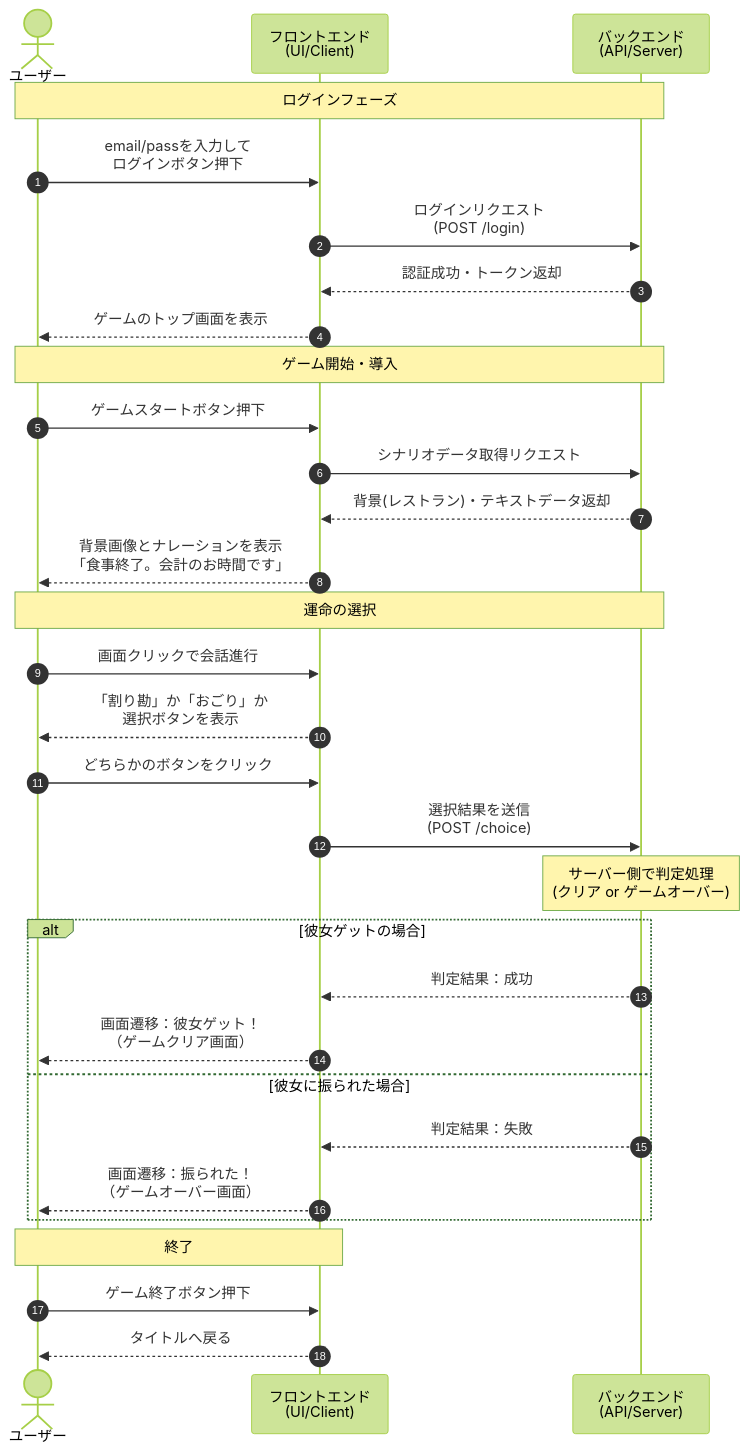
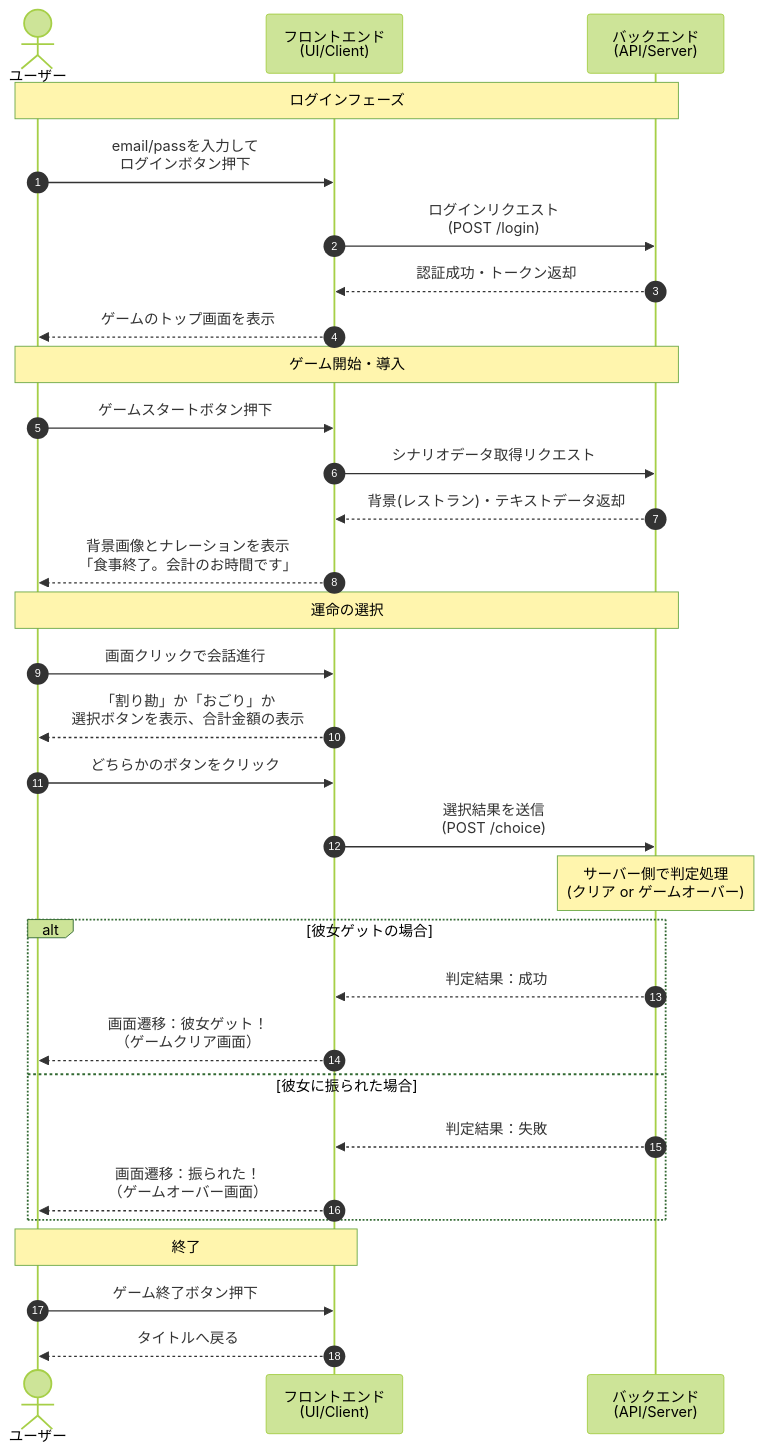
The diagram in docs/mermaid/gamemermaid.md (New119/hajimetehakkason.frontend), drawn with Mermaid (forest theme) before and after one commit. The commit also changed 1 other file, not shown here.

Commit message:
edit memaid file

````diff
--- a/docs/mermaid/gamemermaid.md
+++ b/docs/mermaid/gamemermaid.md
@@ -1,39 +1,39 @@
 ```mermaid
 sequenceDiagram
     autonumber
     actor User as ユーザー
     participant FE as フロントエンド<br/>(UI/Client)
     participant BE as バックエンド<br/>(API/Server)
 
     Note over User, BE: ログインフェーズ
     User->>FE: email/passを入力して<br/>ログインボタン押下
     FE->>BE: ログインリクエスト<br/>(POST /login)
     BE-->>FE: 認証成功・トークン返却
     FE-->>User: ゲームのトップ画面を表示
 
     Note over User, BE: ゲーム開始・導入
     User->>FE: ゲームスタートボタン押下
     FE->>BE: シナリオデータ取得リクエスト
     BE-->>FE: 背景(レストラン)・テキストデータ返却
     FE-->>User: 背景画像とナレーションを表示<br/>「食事終了。会計のお時間です」
 
     Note over User, BE: 運命の選択
     User->>FE: 画面クリックで会話進行
-    FE-->>User: 「割り勘」か「おごり」か<br/>選択ボタンを表示
+    FE-->>User: 「割り勘」か「おごり」か<br/>選択ボタンを表示、合計金額の表示
     User->>FE: どちらかのボタンをクリック
     FE->>BE: 選択結果を送信<br/>(POST /choice)
 
     Note over BE: サーバー側で判定処理<br/>(クリア or ゲームオーバー)
 
     alt 彼女ゲットの場合
         BE-->>FE: 判定結果：成功
         FE-->>User: 画面遷移：彼女ゲット！<br/>（ゲームクリア画面）
     else 彼女に振られた場合
         BE-->>FE: 判定結果：失敗
         FE-->>User: 画面遷移：振られた！<br/>（ゲームオーバー画面）
     end
 
     Note over User, FE: 終了
     User->>FE: ゲーム終了ボタン押下
     FE-->>User: タイトルへ戻る
 ```
````
